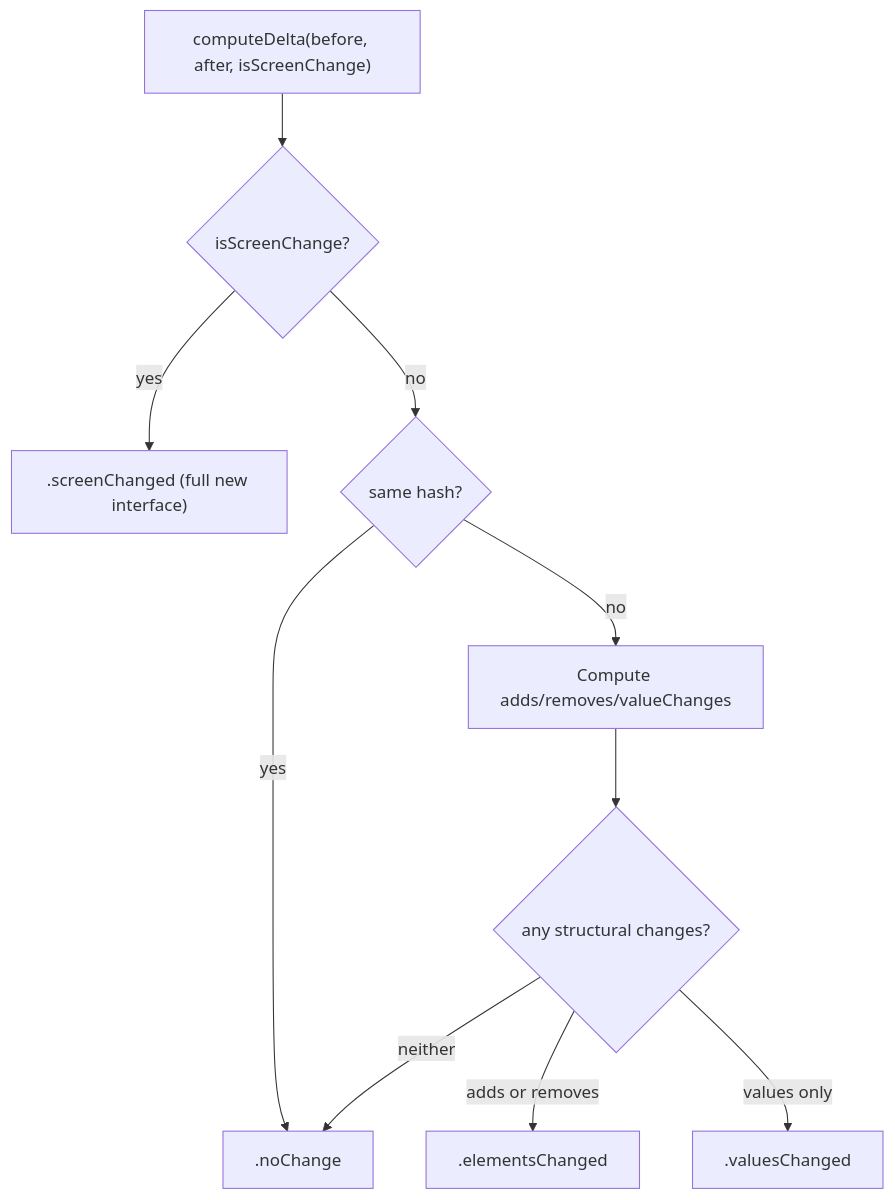
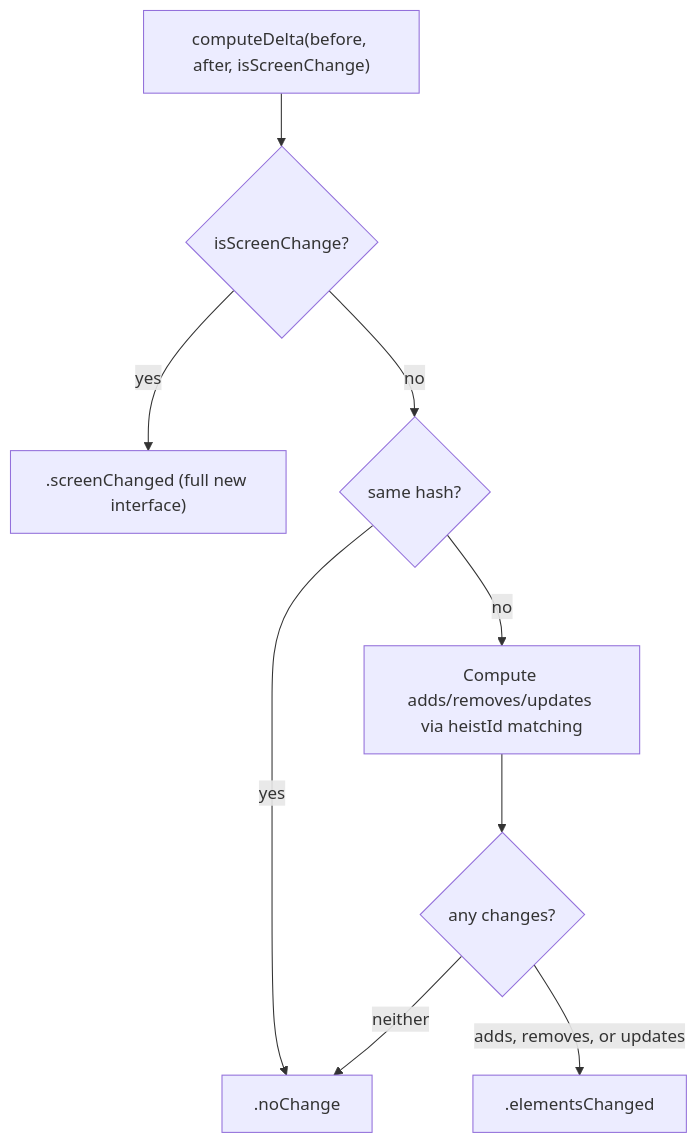
The third of 4 diagrams in docs/dossiers/13-THEBAGMAN.md (RoyalPineapple/TheButtonHeist), drawn with Mermaid before and after one commit. The commit also changed 17 other files, not shown here.

````diff
--- a/docs/dossiers/13-THEBAGMAN.md
+++ b/docs/dossiers/13-THEBAGMAN.md
@@ -104,13 +104,12 @@
 ```mermaid
 flowchart TD
     Input["computeDelta(before, after, isScreenChange)"]
     Input --> ScreenCheck{isScreenChange?}
     ScreenCheck -->|yes| ScreenChanged[".screenChanged (full new interface)"]
     ScreenCheck -->|no| HashCheck{same hash?}
     HashCheck -->|yes| NoChange[".noChange"]
-    HashCheck -->|no| Diff["Compute adds/removes/valueChanges"]
-    Diff --> HasChanges{any structural changes?}
-    HasChanges -->|adds or removes| ElementsChanged[".elementsChanged"]
-    HasChanges -->|values only| ValuesChanged[".valuesChanged"]
+    HashCheck -->|no| Diff["Compute adds/removes/updates via heistId matching"]
+    Diff --> HasChanges{any changes?}
+    HasChanges -->|adds, removes, or updates| ElementsChanged[".elementsChanged"]
     HasChanges -->|neither| NoChange
 ```
````
